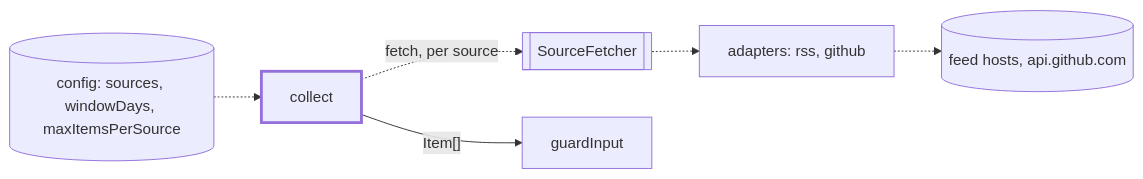
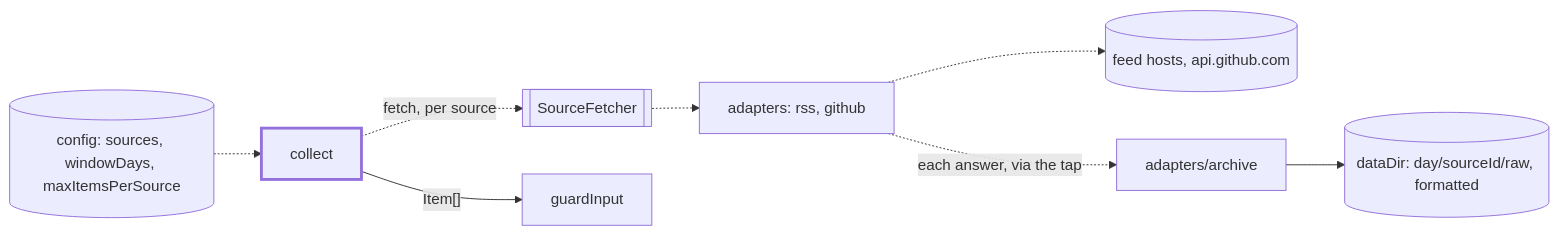
Before and after one commit to odere-pro/weekly-engineering-digest-agent: the first of 2 diagrams in src/sources/CLAUDE.md, drawn with Mermaid. The commit also changed other lines of this file and 133 other files, not shown here.

````diff
--- a/src/sources/CLAUDE.md
+++ b/src/sources/CLAUDE.md
@@ -9,9 +9,11 @@
 ```mermaid
 flowchart LR
   cfg[("config: sources, windowDays, maxItemsPerSource")] -.-> collect:::focus
   collect -.->|"fetch, per source"| sf[[SourceFetcher]]
   sf -.-> adapters["adapters: rss, github"]
   adapters -.-> feeds[("feed hosts, api.github.com")]
+  adapters -.->|"each answer, via the tap"| archive["adapters/archive"]
+  archive --> disk[("dataDir: day/sourceId/raw, formatted")]
   collect -->|"Item[]"| guardInput
   classDef focus stroke-width:3px
 ```
````
